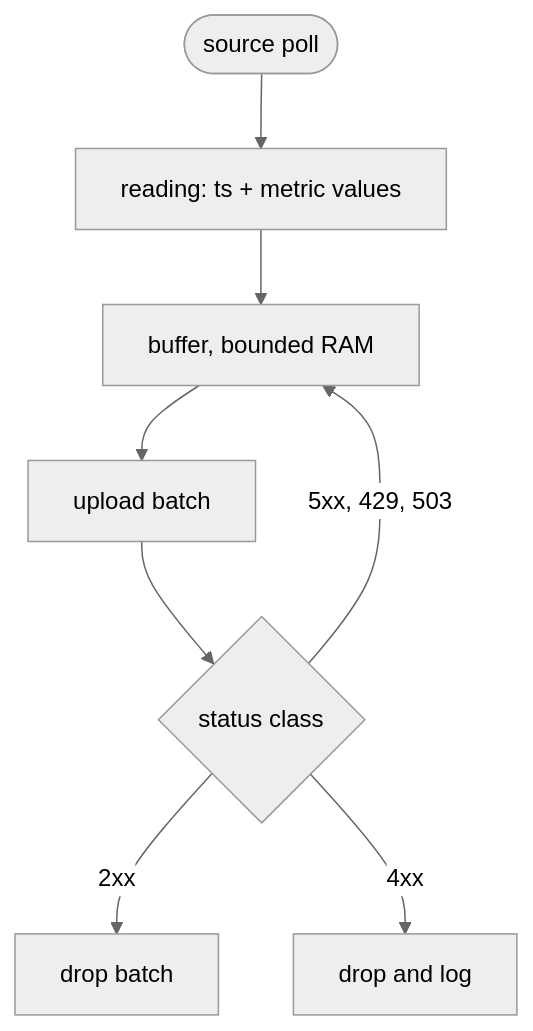
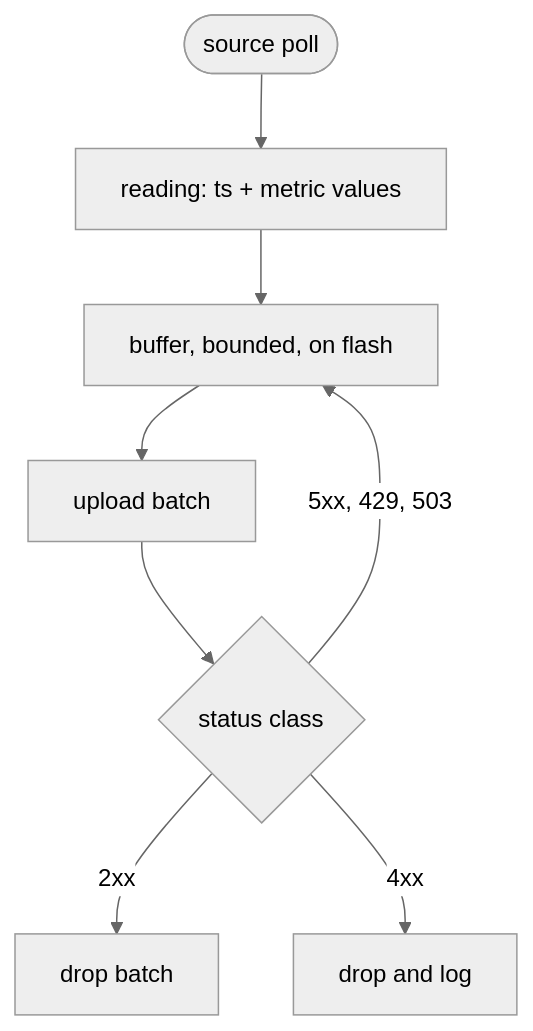
The second of 2 diagrams in docs/DESIGN.md (fabbrito/magellan-device), drawn with Mermaid (neutral theme) before and after one commit. The commit also changed other lines of this file and 7 other files, not shown here.

First line of the commit message:
docs(docs): buffer on flash, heartbeat apart, window per source

````diff
--- a/docs/DESIGN.md
+++ b/docs/DESIGN.md
@@ -226,10 +231,10 @@
 ```mermaid
 flowchart TD
     A([source poll]) --> B[reading: ts + metric values]
-    B --> C[buffer, bounded RAM]
+    B --> C[buffer, bounded, on flash]
     C --> D[upload batch]
     D --> E{status class}
     E -->|2xx| F[drop batch]
     E -->|4xx| G[drop and log]
     E -->|5xx, 429, 503| C
 ```
````
